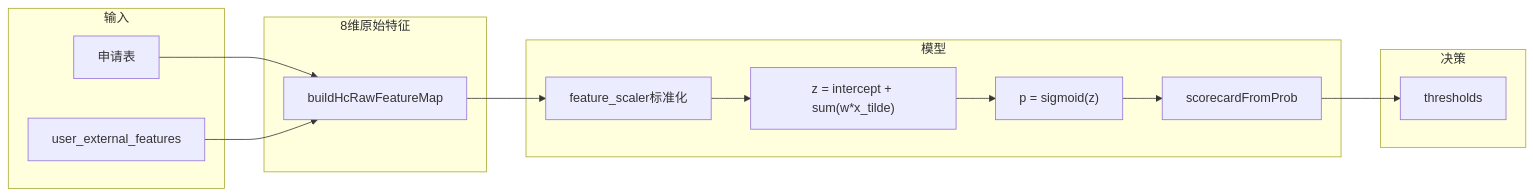
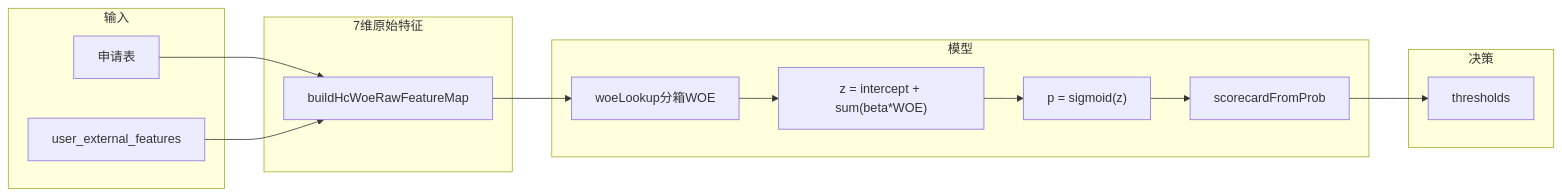
The diagram in 参考文件/HomeCredit评分卡使用说明.md (LearntobeMyself/RiskLendPro), drawn with Mermaid before and after one commit. The commit also changed other lines of this file and 102 other files, not shown here.

````diff
--- a/参考文件/HomeCredit评分卡使用说明.md
+++ b/参考文件/HomeCredit评分卡使用说明.md
@@ -205,22 +272,22 @@
 ```mermaid
 flowchart LR
   subgraph input [输入]
     App[申请表]
     Ext[user_external_features]
   end
-  subgraph feat [8维原始特征]
-    Raw[buildHcRawFeatureMap]
+  subgraph feat [7维原始特征]
+    Raw[buildHcWoeRawFeatureMap]
   end
   subgraph model [模型]
-    Scale[feature_scaler标准化]
-    LR["z = intercept + sum(w*x_tilde)"]
+    WOE[woeLookup分箱WOE]
+    LR["z = intercept + sum(beta*WOE)"]
     Prob["p = sigmoid(z)"]
     PDO[scorecardFromProb]
   end
   subgraph decision [决策]
     Th[thresholds]
   end
   App --> Raw
   Ext --> Raw
-  Raw --> Scale --> LR --> Prob --> PDO --> Th
+  Raw --> WOE --> LR --> Prob --> PDO --> Th
 ```
````
